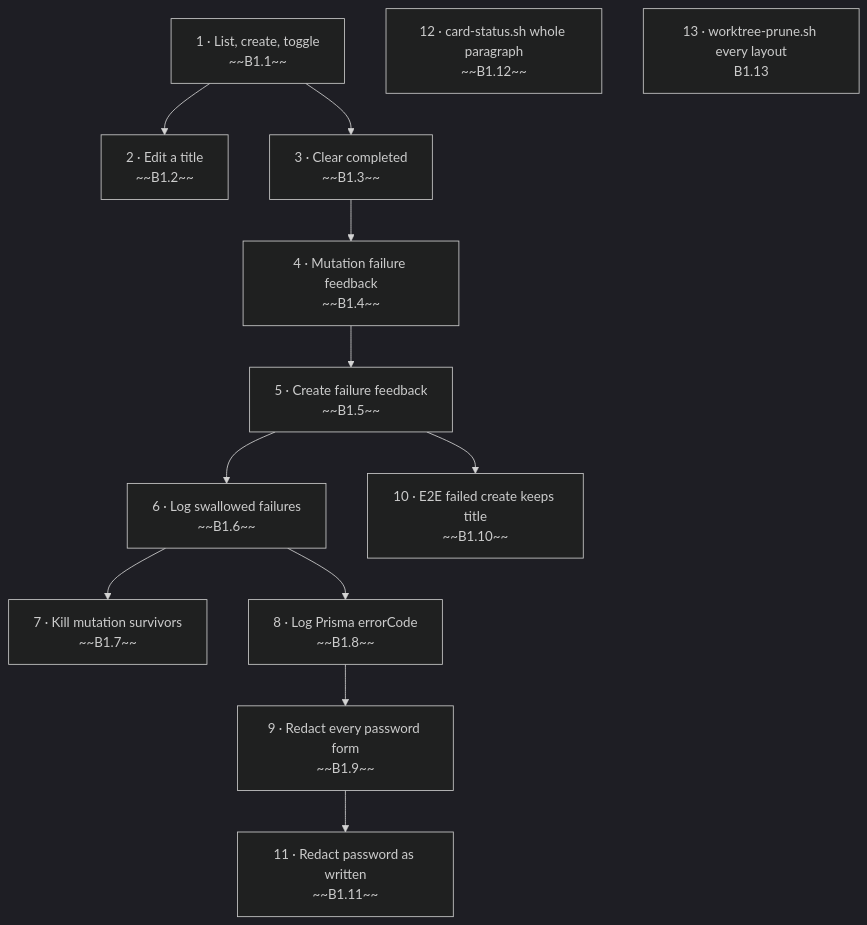
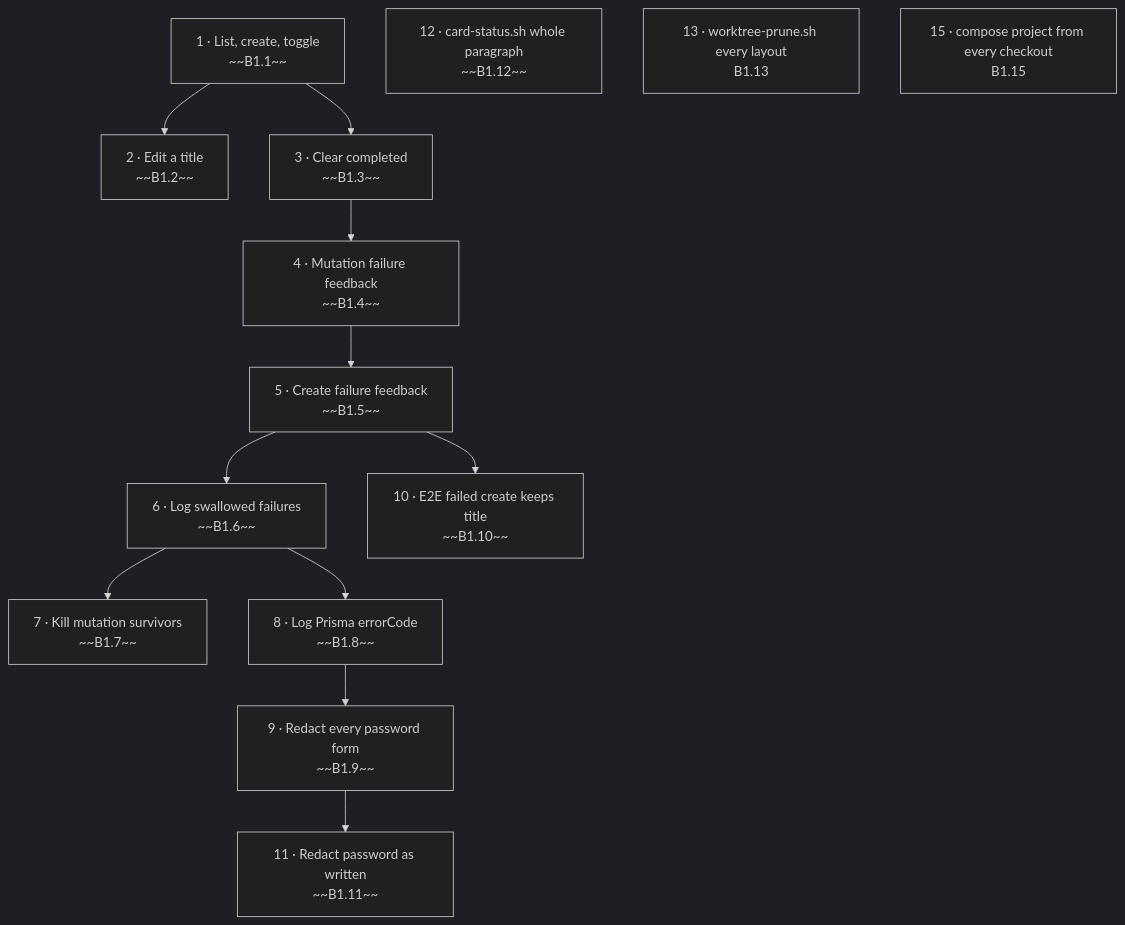
Before and after one commit to st-minhho2/level-up-lab: the diagram in backlog/README.md, drawn with Mermaid (dark theme). The commit also changed other lines of this file and 1 other file, not shown here.

First line of the commit message:
docs(backlog): card B1.15 docker compose reaches one server from any checkout

````diff
--- a/backlog/README.md
+++ b/backlog/README.md
@@ -15,26 +15,27 @@
 ```mermaid
 flowchart TD
   S1["1 · List, create, toggle<br/>~~B1.1~~"]
   S2["2 · Edit a title<br/>~~B1.2~~"]
   S3["3 · Clear completed<br/>~~B1.3~~"]
   S1 --> S2
   S4["4 · Mutation failure feedback<br/>~~B1.4~~"]
   S1 --> S3
   S3 --> S4
   S5["5 · Create failure feedback<br/>~~B1.5~~"]
   S4 --> S5
   S6["6 · Log swallowed failures<br/>~~B1.6~~"]
   S5 --> S6
   S7["7 · Kill mutation survivors<br/>~~B1.7~~"]
   S6 --> S7
   S8["8 · Log Prisma errorCode<br/>~~B1.8~~"]
   S6 --> S8
   S9["9 · Redact every password form<br/>~~B1.9~~"]
   S8 --> S9
   S10["10 · E2E failed create keeps title<br/>~~B1.10~~"]
   S5 --> S10
   S11["11 · Redact password as written<br/>~~B1.11~~"]
   S9 --> S11
   S12["12 · card-status.sh whole paragraph<br/>~~B1.12~~"]
   S13["13 · worktree-prune.sh every layout<br/>B1.13"]
+  S15["15 · compose project from every checkout<br/>B1.15"]
 ```
````
